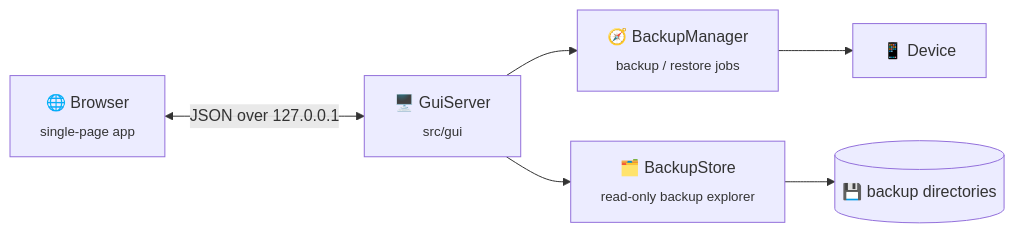
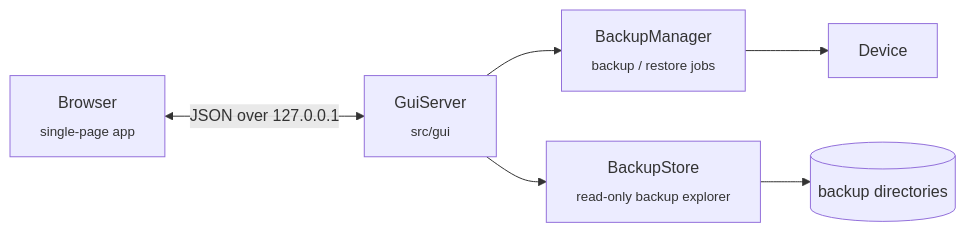
Before and after one commit to guillaume-behr/abp: the diagram in docs/GUI.md, drawn with Mermaid. The commit also changed other lines of this file and 24 other files, not shown here.

````diff
--- a/docs/GUI.md
+++ b/docs/GUI.md
@@ -12,8 +12,8 @@
 ```mermaid
 flowchart LR
-    B["🌐 Browser<br/><sub>single-page app</sub>"] <-- "JSON over 127.0.0.1" --> S["🖥️ GuiServer<br/><sub>src/gui</sub>"]
-    S --> M["🧭 BackupManager<br/><sub>backup / restore jobs</sub>"]
-    S --> T["🗂️ BackupStore<br/><sub>read-only backup explorer</sub>"]
-    M --> D[📱 Device]
-    T --> F[("💾 backup directories")]
+    B["Browser<br/><sub>single-page app</sub>"] <-- "JSON over 127.0.0.1" --> S["GuiServer<br/><sub>src/gui</sub>"]
+    S --> M["BackupManager<br/><sub>backup / restore jobs</sub>"]
+    S --> T["BackupStore<br/><sub>read-only backup explorer</sub>"]
+    M --> D[Device]
+    T --> F[("backup directories")]
 ```
````
